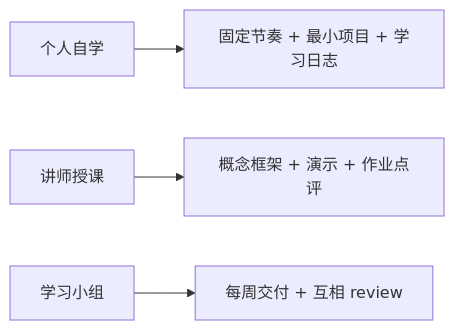
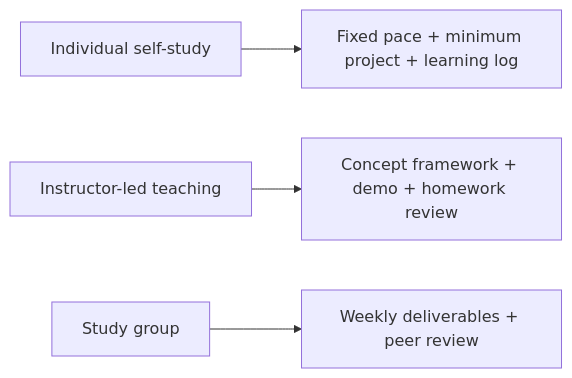
Before and after one commit to oudbiao/AI-fullstack-course: the diagram in docs/intro/teaching-guide.md, drawn with Mermaid. The commit also changed other lines of this file and 1406 other files, not shown here.

````diff
--- a/docs/intro/teaching-guide.md
+++ b/docs/intro/teaching-guide.md
@@ -16,6 +16,6 @@
 ```mermaid
 flowchart LR
-  A["个人自学"] --> B["固定节奏 + 最小项目 + 学习日志"]
-  C["讲师授课"] --> D["概念框架 + 演示 + 作业点评"]
-  E["学习小组"] --> F["每周交付 + 互相 review"]
+  A["Individual self-study"] --> B["Fixed pace + minimum project + learning log"]
+  C["Instructor-led teaching"] --> D["Concept framework + demo + homework review"]
+  E["Study group"] --> F["Weekly deliverables + peer review"]
 ```
````
